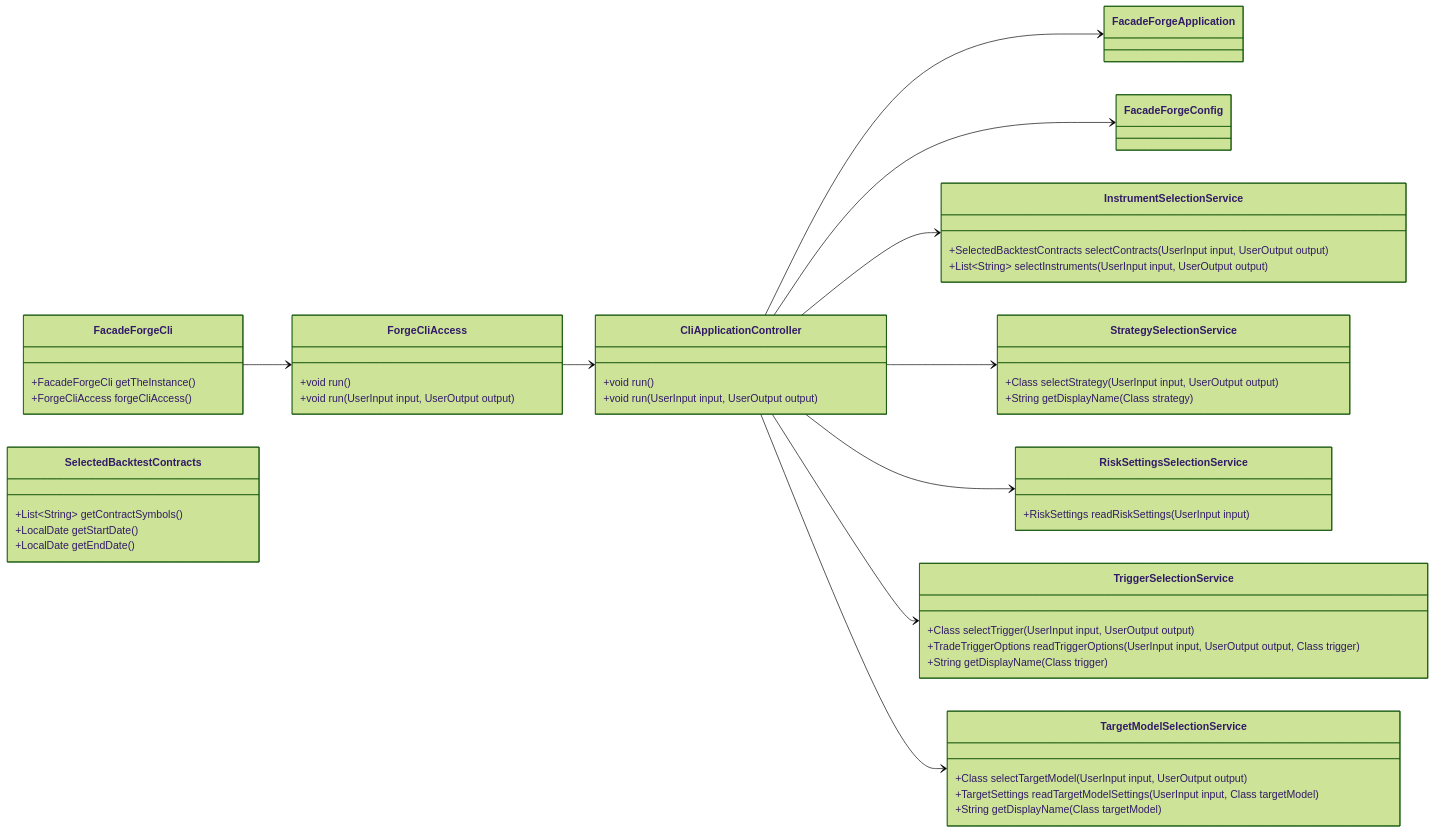
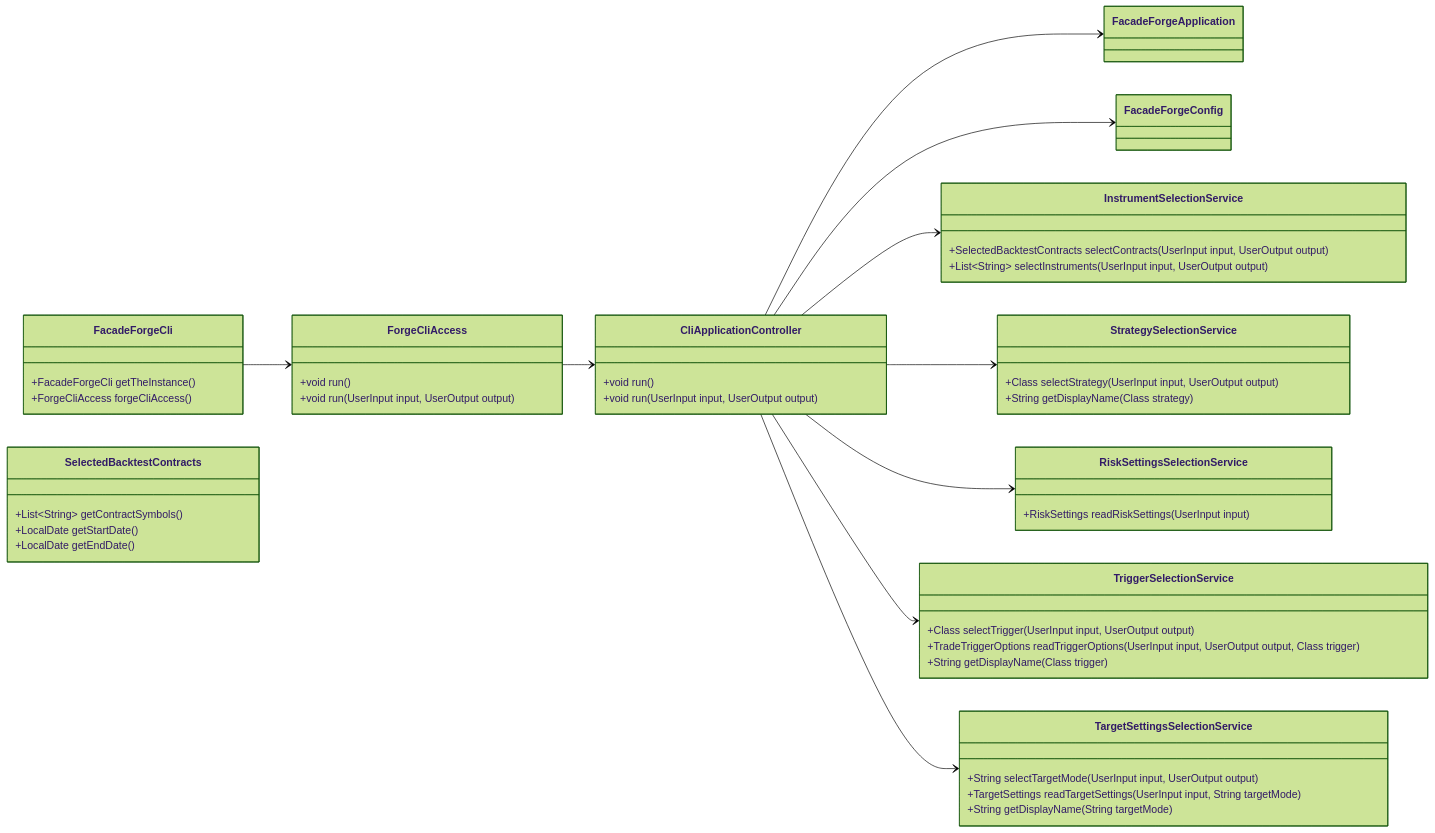
Before and after one commit to probst-paul/FORGE: the fourth of 22 diagrams in class-model.md, drawn with Mermaid (forest theme). The commit also changed other lines of this file and 31 other files, not shown here.

First line of the commit message:
Use TargetSettings and mode-based target selection

````diff
--- a/class-model.md
+++ b/class-model.md
@@ -285,61 +280,61 @@
 ```mermaid
 classDiagram
     direction LR
 
     class FacadeForgeCli {
         +FacadeForgeCli getTheInstance()
         +ForgeCliAccess forgeCliAccess()
     }
 
     class ForgeCliAccess {
         +void run()
         +void run(UserInput input, UserOutput output)
     }
 
     class CliApplicationController {
         +void run()
         +void run(UserInput input, UserOutput output)
     }
 
     class InstrumentSelectionService {
         +SelectedBacktestContracts selectContracts(UserInput input, UserOutput output)
         +List~String~ selectInstruments(UserInput input, UserOutput output)
     }
 
     class SelectedBacktestContracts {
         +List~String~ getContractSymbols()
         +LocalDate getStartDate()
         +LocalDate getEndDate()
     }
 
     class StrategySelectionService {
         +Class selectStrategy(UserInput input, UserOutput output)
         +String getDisplayName(Class strategy)
     }
 
     class RiskSettingsSelectionService {
         +RiskSettings readRiskSettings(UserInput input)
     }
 
     class TriggerSelectionService {
         +Class selectTrigger(UserInput input, UserOutput output)
         +TradeTriggerOptions readTriggerOptions(UserInput input, UserOutput output, Class trigger)
         +String getDisplayName(Class trigger)
     }
 
-    class TargetModelSelectionService {
-        +Class selectTargetModel(UserInput input, UserOutput output)
-        +TargetSettings readTargetModelSettings(UserInput input, Class targetModel)
-        +String getDisplayName(Class targetModel)
+    class TargetSettingsSelectionService {
+        +String selectTargetMode(UserInput input, UserOutput output)
+        +TargetSettings readTargetSettings(UserInput input, String targetMode)
+        +String getDisplayName(String targetMode)
     }
 
     FacadeForgeCli --> ForgeCliAccess
     ForgeCliAccess --> CliApplicationController
     CliApplicationController --> FacadeForgeApplication
     CliApplicationController --> FacadeForgeConfig
     CliApplicationController --> InstrumentSelectionService
     CliApplicationController --> StrategySelectionService
     CliApplicationController --> RiskSettingsSelectionService
     CliApplicationController --> TriggerSelectionService
-    CliApplicationController --> TargetModelSelectionService
+    CliApplicationController --> TargetSettingsSelectionService
 ```
````
